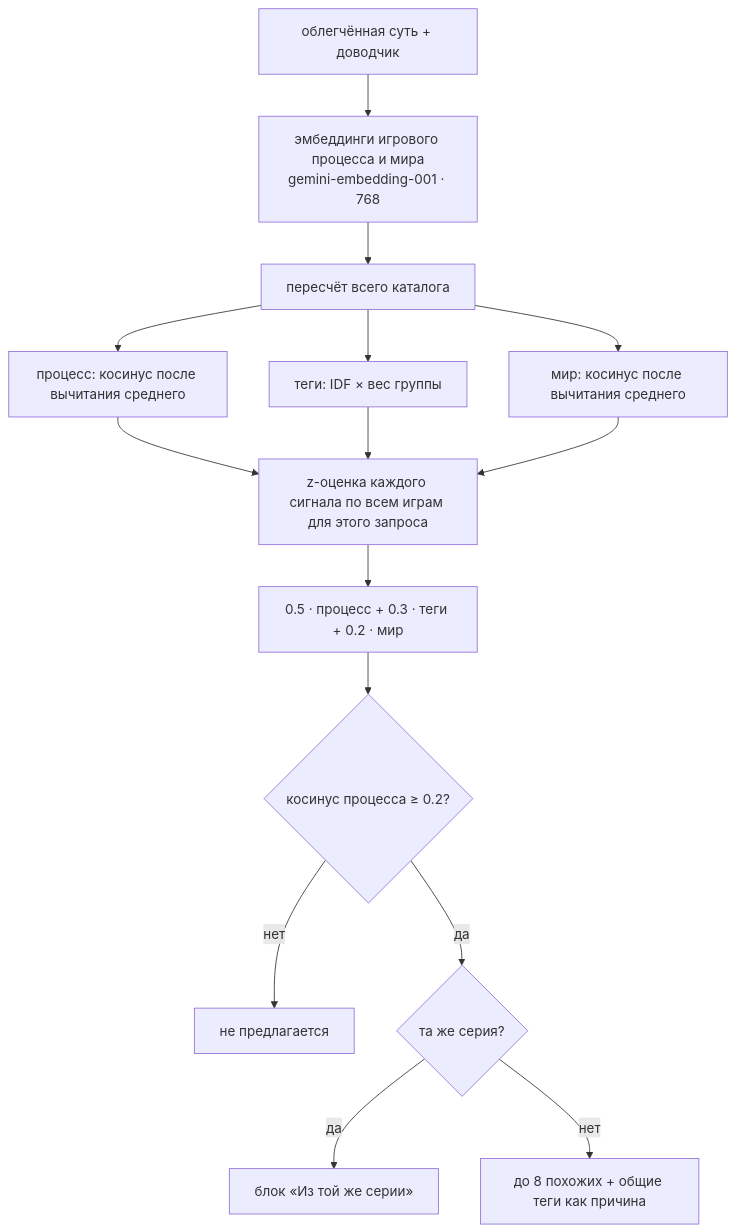
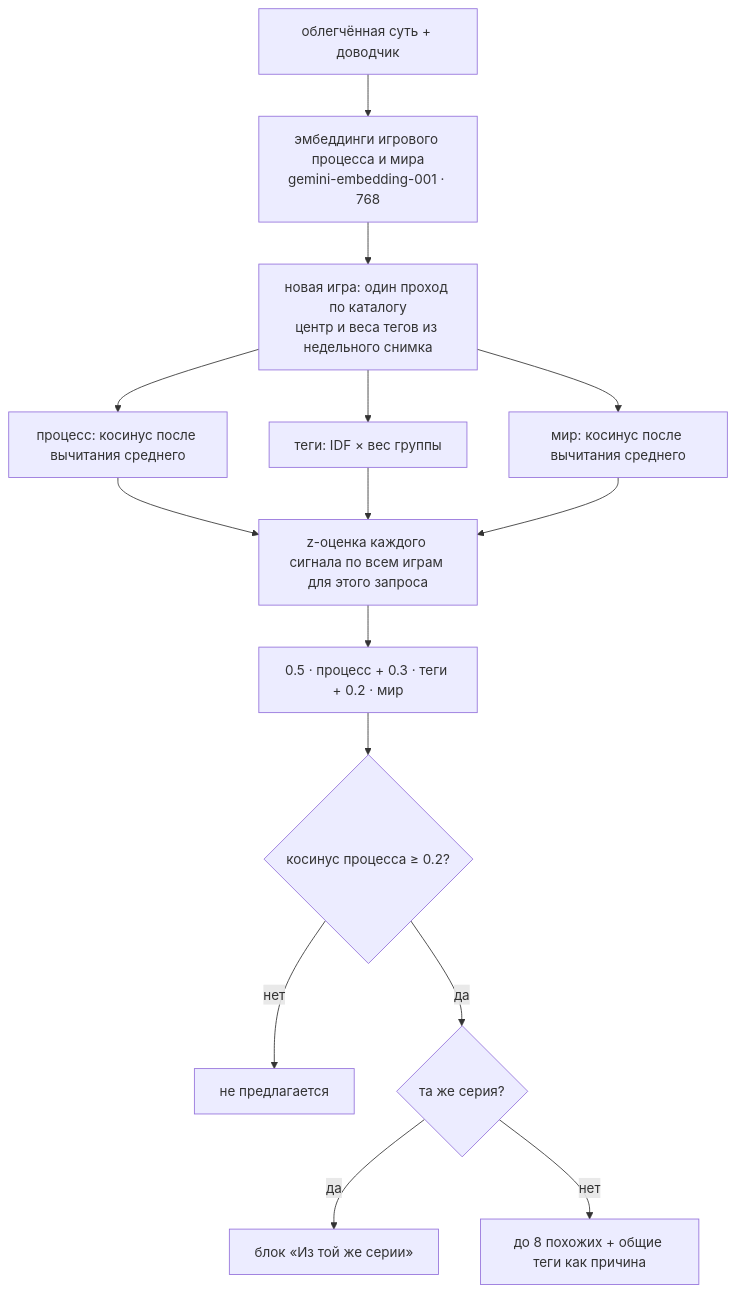
One commit to Mr-Bill1999/game_crowler_service changed the fifth of 8 diagrams in README.md. Above: the diagram before and after it, drawn with Mermaid. The commit also changed other lines of this file and 6 other files, not shown here.

````diff
--- a/README.md
+++ b/README.md
@@ -505,15 +506,15 @@
 ```mermaid
 flowchart TD
   LE["облегчённая суть + доводчик"] --> EMB["эмбеддинги игрового процесса и мира<br/>gemini-embedding-001 · 768"]
-  EMB --> RB["пересчёт всего каталога"]
+  EMB --> RB["новая игра: один проход по каталогу<br/>центр и веса тегов из недельного снимка"]
   RB --> S1["процесс: косинус после вычитания среднего"]
   RB --> S2["теги: IDF × вес группы"]
   RB --> S3["мир: косинус после вычитания среднего"]
   S1 & S2 & S3 --> Z["z-оценка каждого сигнала по всем играм для этого запроса"]
   Z --> SUM["0.5 · процесс + 0.3 · теги + 0.2 · мир"]
   SUM --> FL{"косинус процесса ≥ 0.2?"}
   FL -- "нет" --> OUT["не предлагается"]
   FL -- "да" --> SER{"та же серия?"}
   SER -- "да" --> B2["блок «Из той же серии»"]
   SER -- "нет" --> B1["до 8 похожих + общие теги как причина"]
 ```
````
